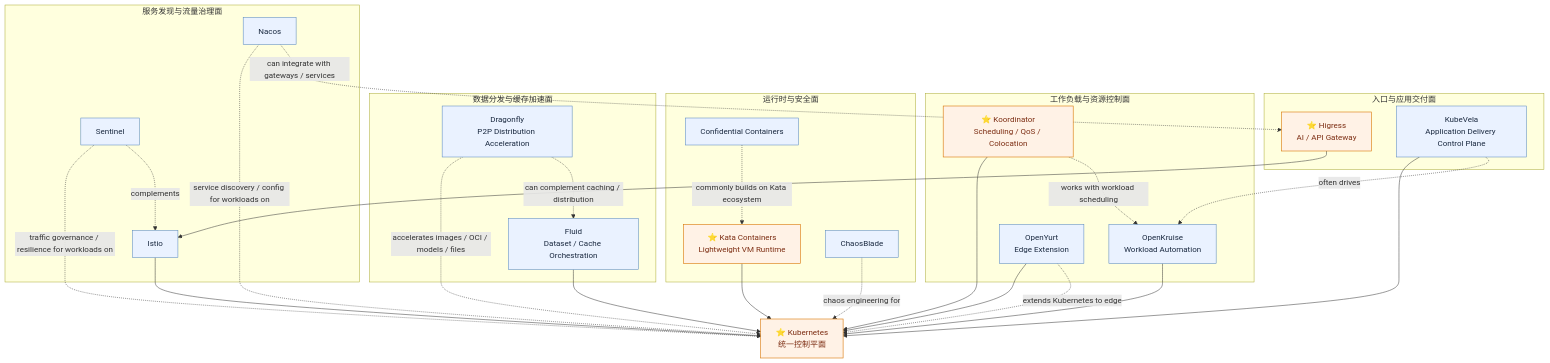
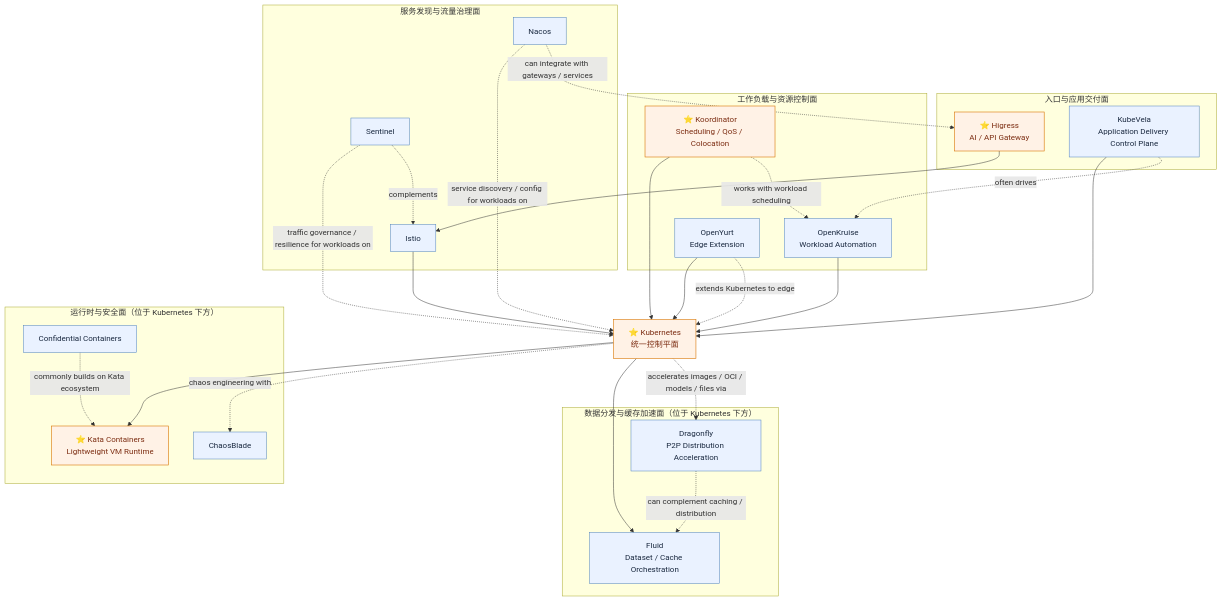
One commit to pacoxu/AI-Infra changed the diagram in case-study/alibaba.md. Above: the diagram before and after it, drawn with Mermaid.

Commit message:
docs(case-study): place runtime and data planes below kubernetes in alibaba diagram

````diff
--- a/case-study/alibaba.md
+++ b/case-study/alibaba.md
@@ -10,62 +10,62 @@
 ```mermaid
 flowchart TB
   subgraph ENTRY["入口与应用交付面"]
     HIG["⭐ Higress<br/>AI / API Gateway"]
     KVL["KubeVela<br/>Application Delivery Control Plane"]
   end
 
   subgraph CTRL["工作负载与资源控制面"]
     OKR["OpenKruise<br/>Workload Automation"]
     KRD["⭐ Koordinator<br/>Scheduling / QoS / Colocation"]
     OY["OpenYurt<br/>Edge Extension"]
   end
 
-  subgraph RUNTIME["运行时与安全面"]
-    KATA["⭐ Kata Containers<br/>Lightweight VM Runtime"]
-    COC["Confidential Containers"]
-    CB["ChaosBlade"]
-  end
-
-  subgraph DATA["数据分发与缓存加速面"]
-    FLUID["Fluid<br/>Dataset / Cache Orchestration"]
-    DFLY["Dragonfly<br/>P2P Distribution Acceleration"]
-  end
-
   subgraph GOV["服务发现与流量治理面"]
     ISTIO["Istio"]
     NACOS["Nacos"]
     SENT["Sentinel"]
   end
 
   K8S["⭐ Kubernetes<br/>统一控制平面"]
 
+  subgraph RUNTIME["运行时与安全面（位于 Kubernetes 下方）"]
+    KATA["⭐ Kata Containers<br/>Lightweight VM Runtime"]
+    COC["Confidential Containers"]
+    CB["ChaosBlade"]
+  end
+
+  subgraph DATA["数据分发与缓存加速面（位于 Kubernetes 下方）"]
+    FLUID["Fluid<br/>Dataset / Cache Orchestration"]
+    DFLY["Dragonfly<br/>P2P Distribution Acceleration"]
+  end
+
   %% stronger relationships
   KVL --> K8S
   OKR --> K8S
   KRD --> K8S
   OY --> K8S
-  KATA --> K8S
-  FLUID --> K8S
+  K8S --> KATA
+  K8S --> FLUID
   ISTIO --> K8S
   HIG --> ISTIO
 
   %% collaboration / ecosystem integrations
   KVL -. often drives .-> OKR
   KRD -. works with workload scheduling .-> OKR
   OY -. extends Kubernetes to edge .-> K8S
   COC -. commonly builds on Kata ecosystem .-> KATA
-  CB -. chaos engineering for .-> K8S
-  DFLY -. accelerates images / OCI / models / files .-> K8S
+  K8S -. chaos engineering with .-> CB
+  K8S -. accelerates images / OCI / models / files via .-> DFLY
   DFLY -. can complement caching / distribution .-> FLUID
   NACOS -. service discovery / config for workloads on .-> K8S
   SENT -. traffic governance / resilience for workloads on .-> K8S
   SENT -. complements .-> ISTIO
   NACOS -. can integrate with gateways / services .-> HIG
 
   classDef star fill:#fff2e6,stroke:#d97706,color:#7c2d12,stroke-width:1.2px;
   classDef normal fill:#eaf2ff,stroke:#4f81bd,color:#1b2a41,stroke-width:1px;
   classDef base fill:#e8fff1,stroke:#16a34a,color:#14532d,stroke-width:1.3px;
 
   class HIG,KRD,KATA,K8S star;
   class KVL,OKR,OY,COC,CB,FLUID,DFLY,NACOS,SENT,ISTIO normal;
 ```
````
